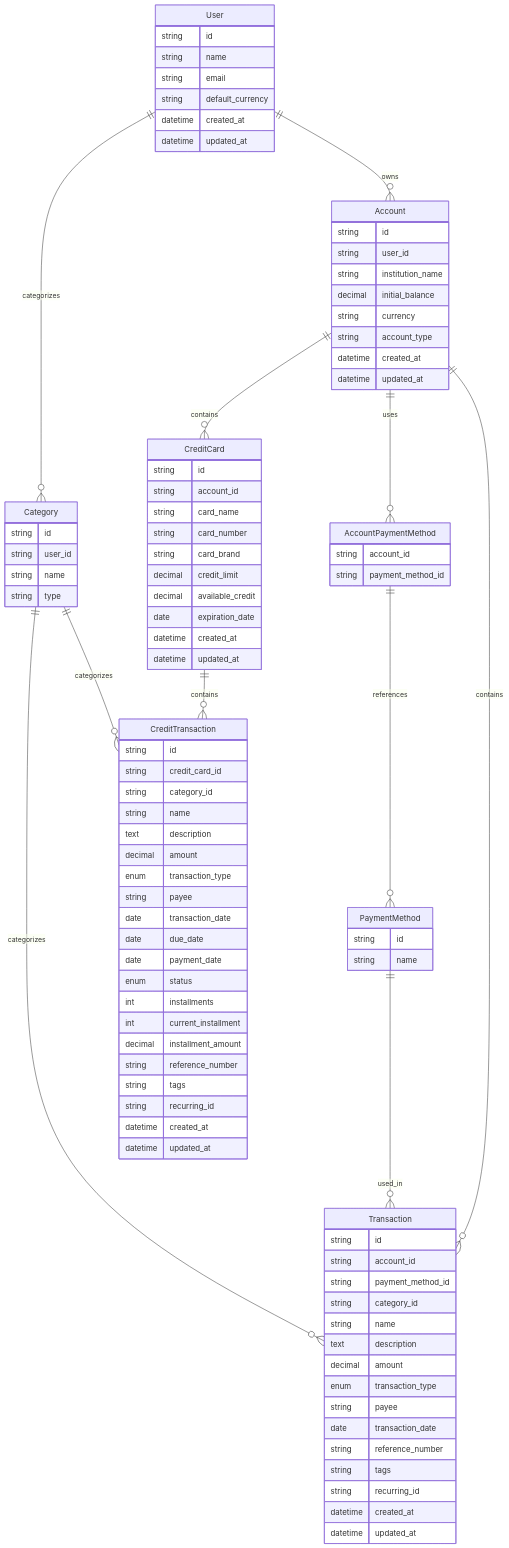
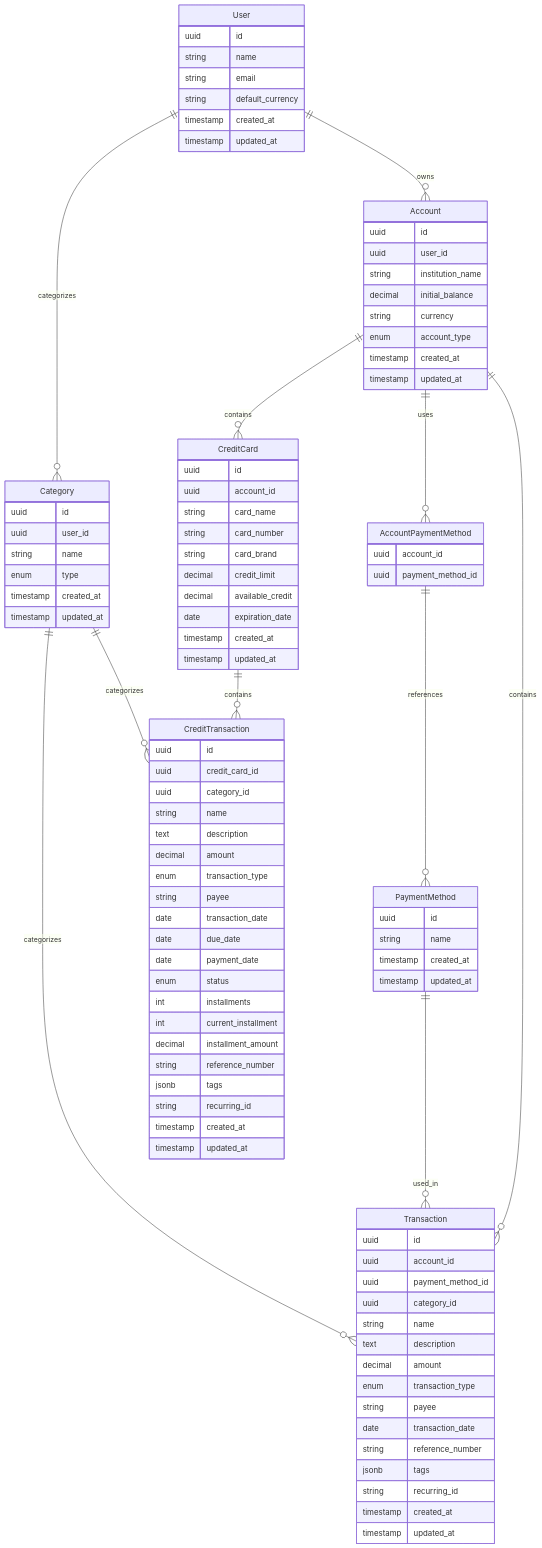
Before and after one commit to ana-biscalchin/finances: the diagram in docs/model.md, drawn with Mermaid. The commit also changed other lines of this file and 27 other files, not shown here.

````diff
--- a/docs/model.md
+++ b/docs/model.md
@@ -1,54 +1,58 @@
 ```mermaid
 erDiagram
     User {
-        string id
+        uuid id
         string name
         string email
         string default_currency
-        datetime created_at
-        datetime updated_at
+        timestamp created_at
+        timestamp updated_at
     }
     Account {
-        string id
-        string user_id
+        uuid id
+        uuid user_id
         string institution_name
         decimal initial_balance
         string currency
-        string account_type
-        datetime created_at
-        datetime updated_at
+        enum account_type
+        timestamp created_at
+        timestamp updated_at
     }
     Category {
-        string id
-        string user_id
+        uuid id
+        uuid user_id
         string name
-        string type
+        enum type
+        timestamp created_at
+        timestamp updated_at
     }
     PaymentMethod {
-        string id
+        uuid id
         string name
+        timestamp created_at
+        timestamp updated_at
     }
     AccountPaymentMethod {
-        string account_id
-        string payment_method_id
+        uuid account_id
+        uuid payment_method_id
     }
     CreditCard {
-        string id
-        string account_id
+        uuid id
+        uuid account_id
         string card_name
         string card_number
         string card_brand
         decimal credit_limit
         decimal available_credit
         date expiration_date
-        datetime created_at
-        datetime updated_at
+        timestamp created_at
+        timestamp updated_at
     }
     Transaction {
-        string id
-        string account_id
-        string payment_method_id
-        string category_id
+        uuid id
+        uuid account_id
+        uuid payment_method_id
+        uuid category_id
         string name
         text description
         decimal amount
@@ -56,15 +60,15 @@
         string payee
         date transaction_date
         string reference_number
-        string tags
+        jsonb tags
         string recurring_id
-        datetime created_at
-        datetime updated_at
+        timestamp created_at
+        timestamp updated_at
     }
     CreditTransaction {
-        string id
-        string credit_card_id
-        string category_id
+        uuid id
+        uuid credit_card_id
+        uuid category_id
         string name
         text description
         decimal amount
@@ -78,10 +82,10 @@
         int current_installment
         decimal installment_amount
         string reference_number
-        string tags
+        jsonb tags
         string recurring_id
-        datetime created_at
-        datetime updated_at
+        timestamp created_at
+        timestamp updated_at
     }
 
     User ||--o{ Account : owns
@@ -94,4 +98,4 @@
     Category ||--o{ Transaction : categorizes
     CreditCard ||--o{ CreditTransaction : contains
     Category ||--o{ CreditTransaction : categorizes
-``` 
+```
````
